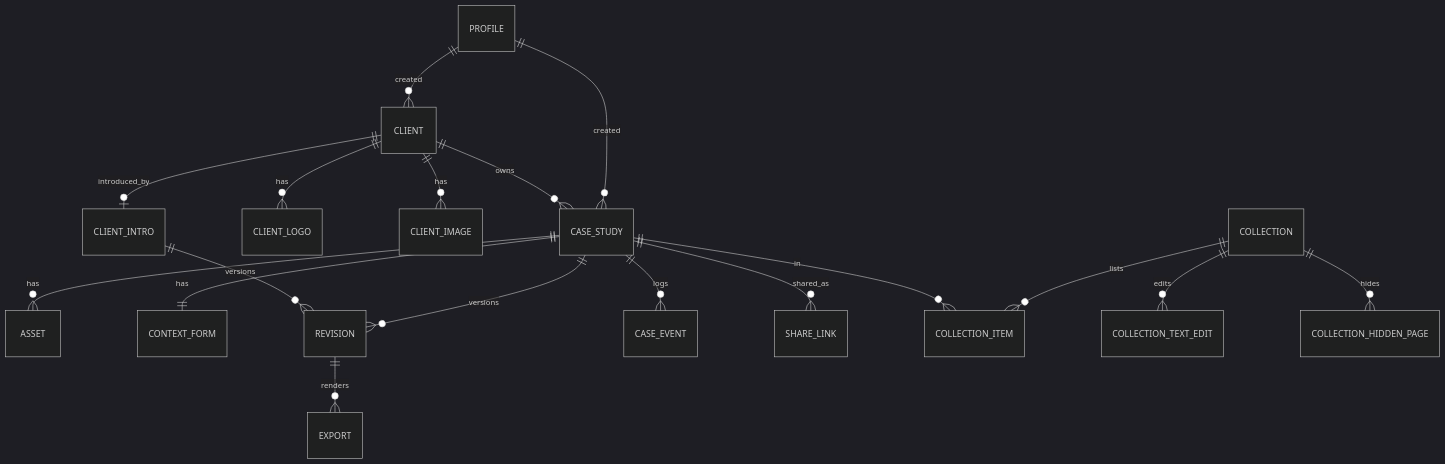
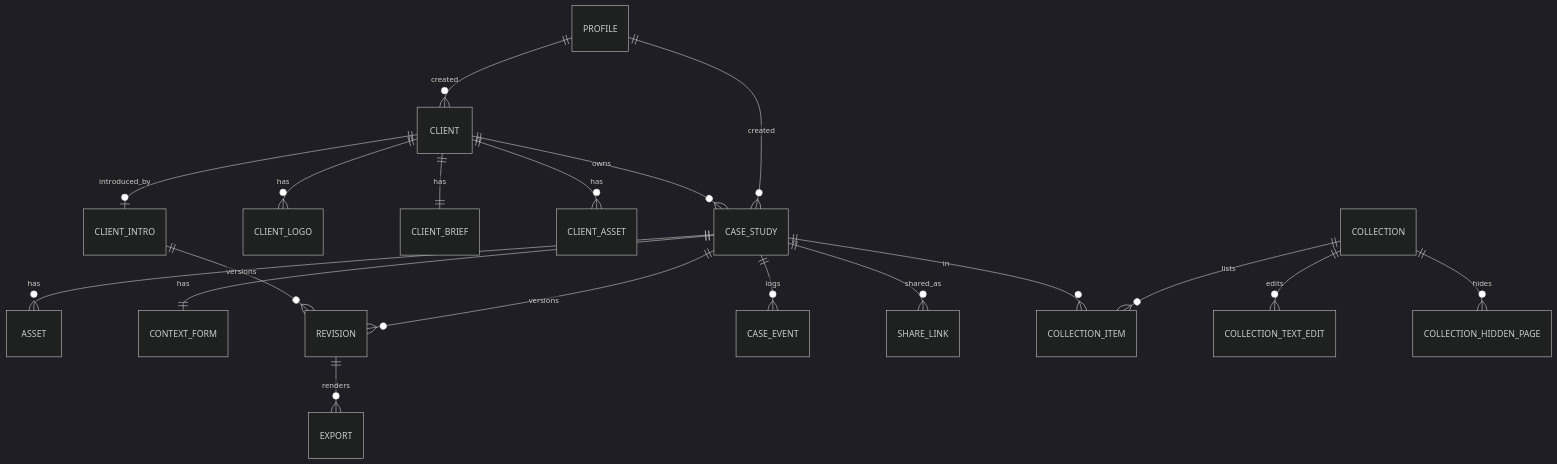
One commit to mac-sonja/mac-recap changed the fourth of 5 diagrams in _bmad-output/planning-artifacts/architecture/architecture-MAC Recap-2026-10-08/ARCHITECTURE-SPINE.md. Above: the diagram before and after it, drawn with Mermaid (dark theme). The commit also changed other lines of this file and 10 other files, not shown here.

First line of the commit message:
docs(plan): Add client becomes a wizard with new client fields (SCP 2026-10-19)

````diff
--- a/_bmad-output/planning-artifacts/architecture/architecture-MAC Recap-2026-10-08/ARCHITECTURE-SPINE.md
+++ b/_bmad-output/planning-artifacts/architecture/architecture-MAC Recap-2026-10-08/ARCHITECTURE-SPINE.md
@@ -438,23 +438,26 @@
 ```mermaid
 erDiagram
   PROFILE ||--o{ CASE_STUDY : created
   PROFILE ||--o{ CLIENT : created
   CLIENT ||--o{ CASE_STUDY : owns
   CLIENT ||--o{ CLIENT_LOGO : has
   %% CLIENT.logo_id -> current CLIENT_LOGO (AD-22)
   %% CASE_STUDY carries code + number (AD-21)
   CASE_STUDY ||--o{ ASSET : has
   %% ASSET carries is_favourite (boolean, default false; images and videos only, AD-14)
   CASE_STUDY ||--|| CONTEXT_FORM : has
   CASE_STUDY ||--o{ REVISION : versions
   CASE_STUDY ||--o{ CASE_EVENT : logs
   CASE_STUDY ||--o{ SHARE_LINK : shared_as
   REVISION ||--o{ EXPORT : renders
-  CLIENT ||--o{ CLIENT_IMAGE : has
+  CLIENT ||--|| CLIENT_BRIEF : has
+  %% CLIENT_BRIEF: context, solution, results (AD-22, SCP 2026-10-19)
+  CLIENT ||--o{ CLIENT_ASSET : has
+  %% CLIENT_ASSET: up to 3 files, any material type; 2+ images for an intro (AD-23, SCP 2026-10-19)
   CLIENT ||--o| CLIENT_INTRO : introduced_by
   CLIENT_INTRO ||--o{ REVISION : versions
   COLLECTION ||--o{ COLLECTION_ITEM : lists
   CASE_STUDY ||--o{ COLLECTION_ITEM : in
   COLLECTION ||--o{ COLLECTION_TEXT_EDIT : edits
   COLLECTION ||--o{ COLLECTION_HIDDEN_PAGE : hides
 ```
````
